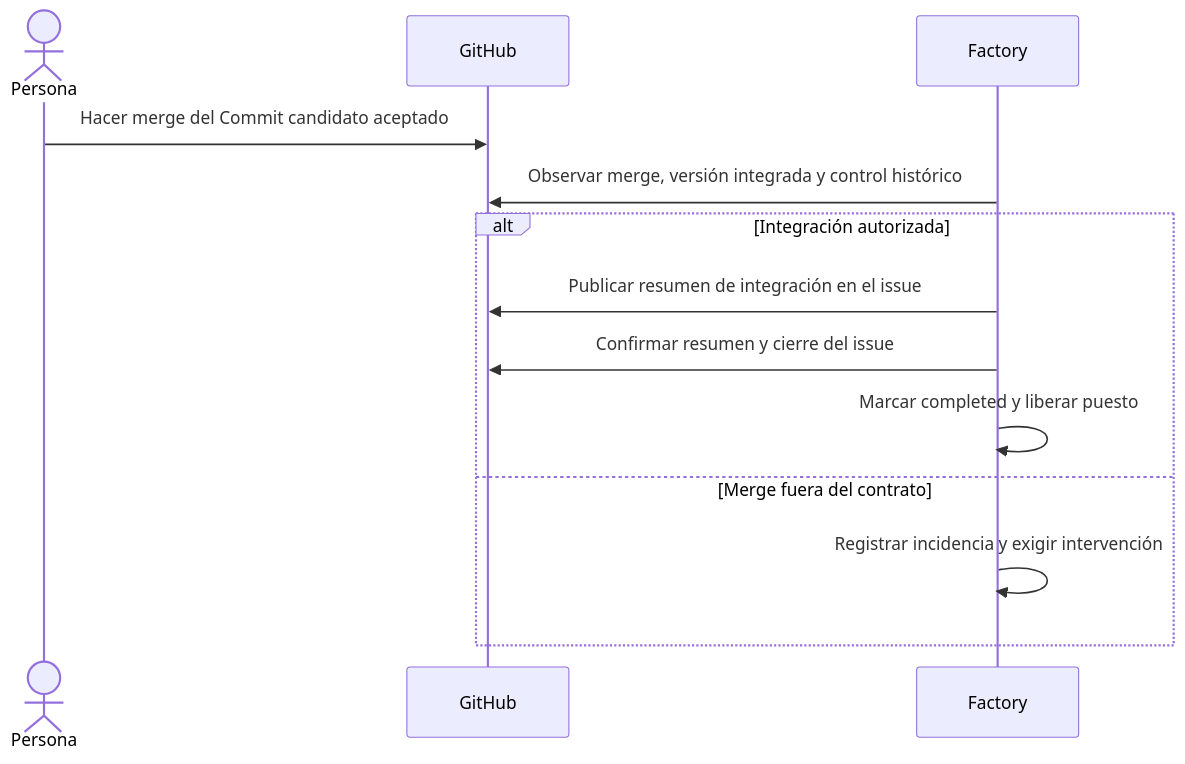
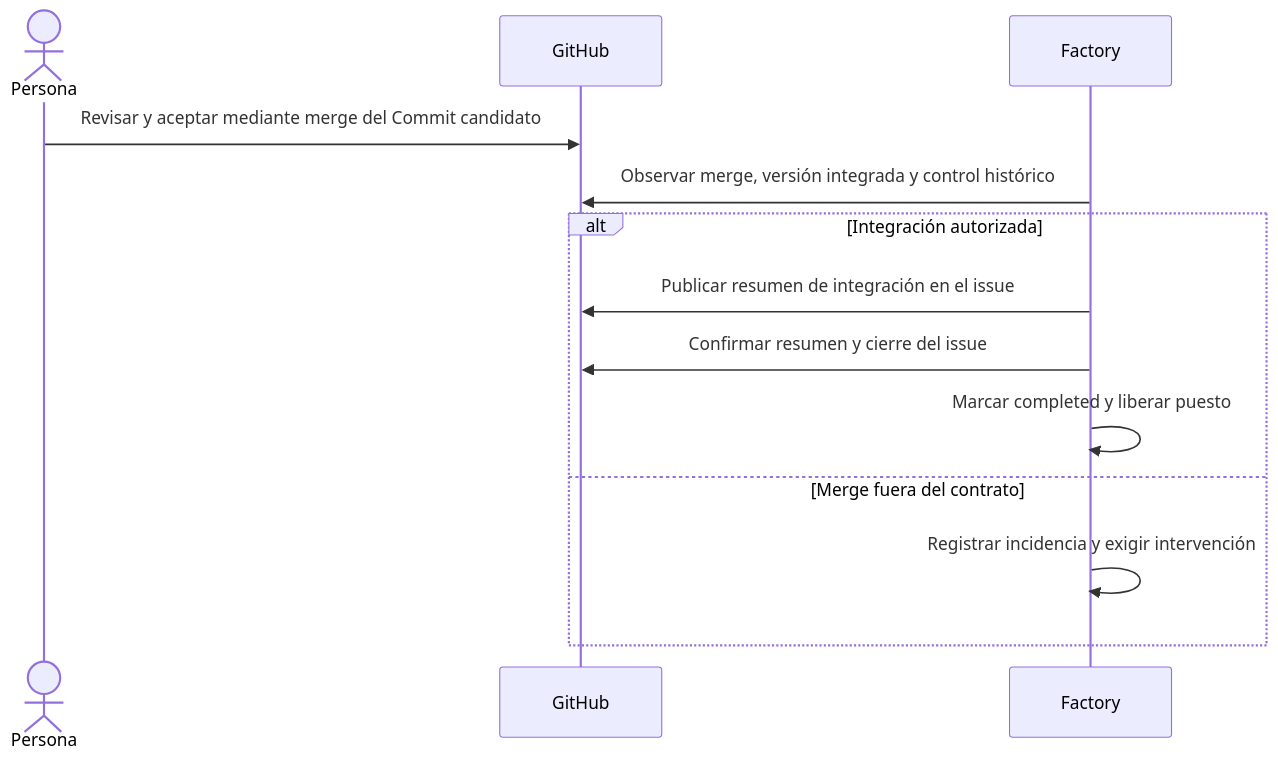
One commit to rubenbp/app-foundry changed the diagram in docs/manual/04-integracion-y-cierre.md. Above: the diagram before and after it, drawn with Mermaid. The commit also changed other lines of this file and 33 other files, not shown here.

````diff
--- a/docs/manual/04-integracion-y-cierre.md
+++ b/docs/manual/04-integracion-y-cierre.md
@@ -15,15 +15,15 @@
 ```mermaid
 sequenceDiagram
     actor H as Persona
     participant G as GitHub
     participant F as Factory
-    H->>G: Hacer merge del Commit candidato aceptado
+    H->>G: Revisar y aceptar mediante merge del Commit candidato
     F->>G: Observar merge, versión integrada y control histórico
     alt Integración autorizada
         F->>G: Publicar resumen de integración en el issue
         F->>G: Confirmar resumen y cierre del issue
         F->>F: Marcar completed y liberar puesto
     else Merge fuera del contrato
         F->>F: Registrar incidencia y exigir intervención
     end
 ```
````
